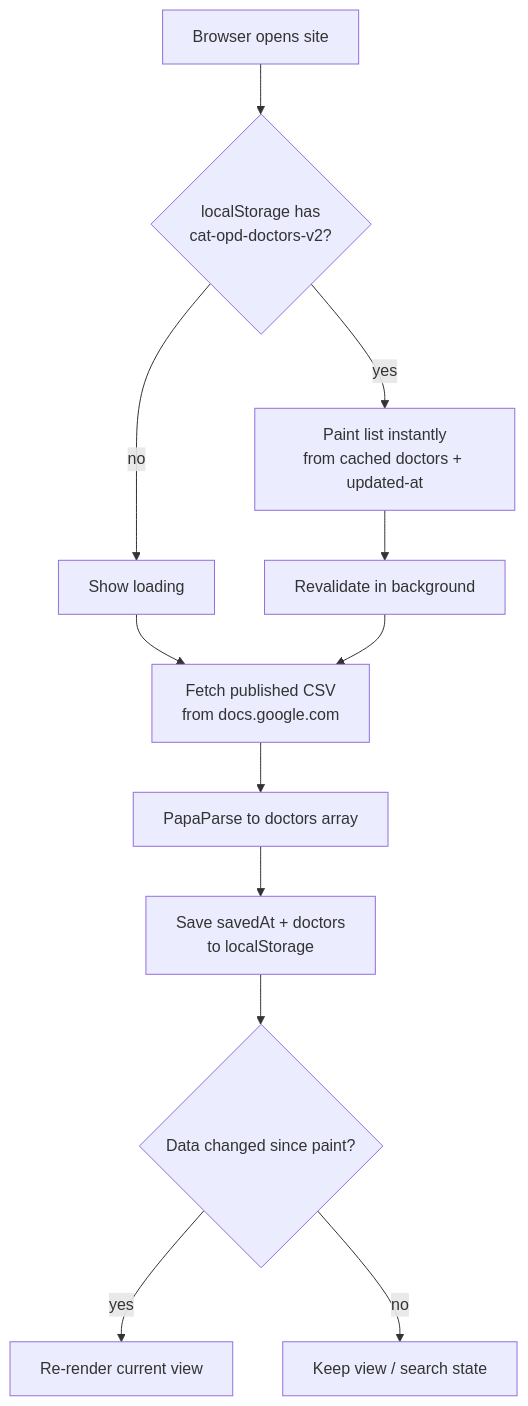
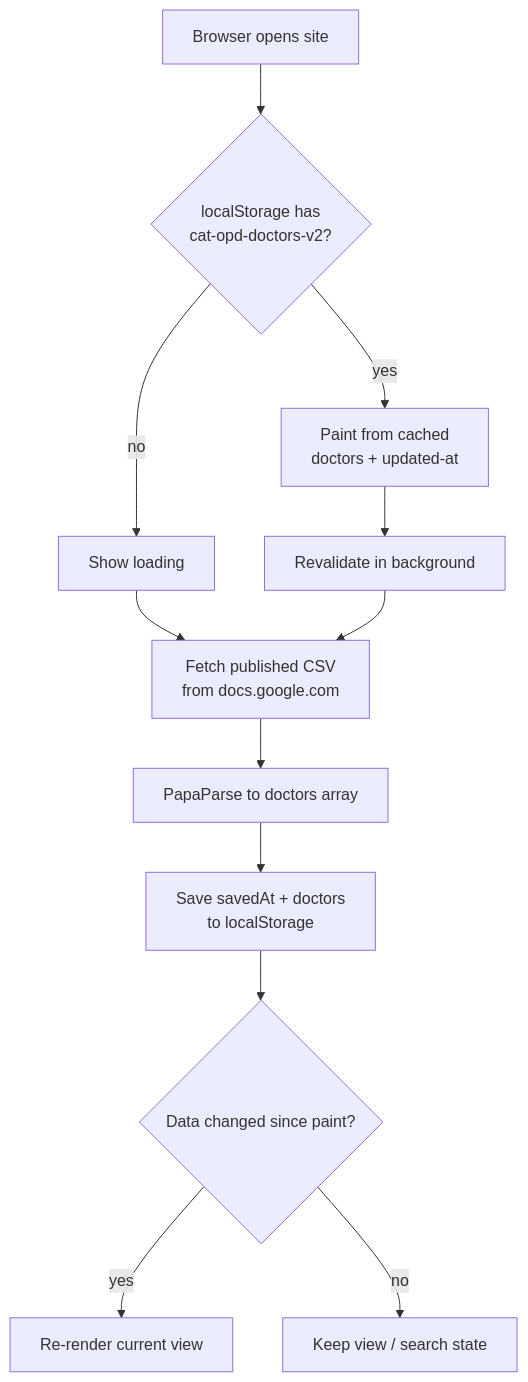
Before and after one commit to ssupawat/cat-opd-schedule-site: the diagram in README.md, drawn with Mermaid. The commit also changed other lines of this file, not shown here.

````diff
--- a/README.md
+++ b/README.md
@@ -13,14 +13,14 @@
 ```mermaid
 flowchart TD
     A[Browser opens site] --> B{"localStorage has<br>cat-opd-doctors-v2?"}
-    B -- yes --> C["Paint list instantly<br>from cached doctors + updated-at"]
+    B -- yes --> C["Paint from cached<br>doctors + updated-at"]
     C --> D[Revalidate in background]
     B -- no --> E[Show loading]
     E --> F["Fetch published CSV<br>from docs.google.com"]
     D --> F
     F --> G[PapaParse to doctors array]
     G --> H["Save savedAt + doctors<br>to localStorage"]
     H --> I{"Data changed since paint?"}
     I -- yes --> J[Re-render current view]
     I -- no --> K["Keep view / search state"]
 ```
````
